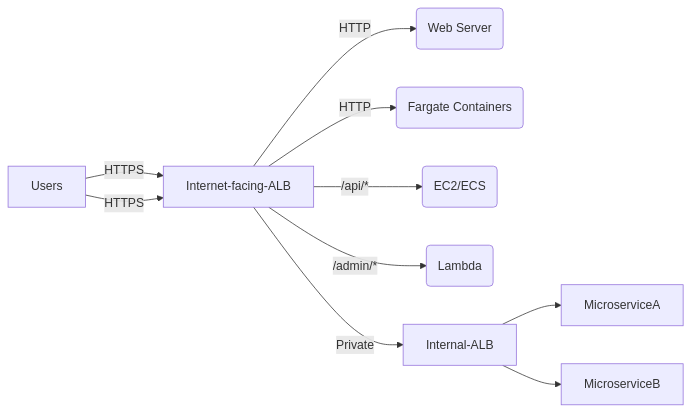
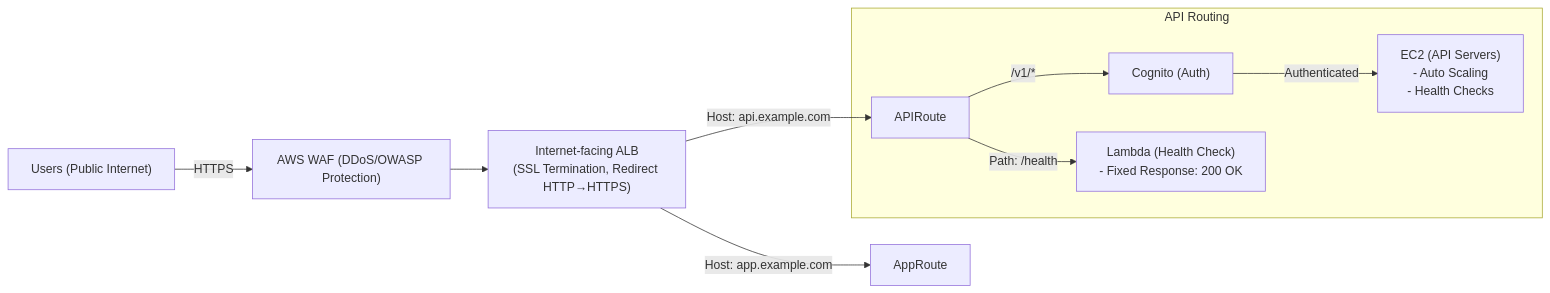
One commit to danceoncloud/architecture-design changed the diagram in src/site/notes/aws/vpc/atomic-elements/application-load-balancer.md. Above: the diagram before and after it, drawn with Mermaid.

Commit message:
Update content src/site/notes/aws/vpc/atomic-elements/application-load-balancer.md

````diff
--- a/src/site/notes/aws/vpc/atomic-elements/application-load-balancer.md
+++ b/src/site/notes/aws/vpc/atomic-elements/application-load-balancer.md
@@ -35,16 +35,18 @@
 ```mermaid
 
 flowchart LR
+ %% ===== Security & Public Traffic =====
+	Users["Users (Public Internet)"] -- HTTPS --> WAF["AWS WAF (DDoS/OWASP Protection)"]
+	WAF --> Internet-facing-ALB["Internet-facing ALB\n(SSL Termination, Redirect HTTP→HTTPS)"]
 
-    Users["Users"] -- HTTPS --> Internet-facing-ALB["Internet-facing-ALB"] & Internet-facing-ALB
+  %% ===== Host-Based Routing =====
+	Internet-facing-ALB -->|"Host: api.example.com"| APIRoute
+	Internet-facing-ALB -->|"Host: app.example.com"| AppRoute
 
-    Internet-facing-ALB -- HTTP --> EC2("Web Server") & ECS("Fargate Containers")
-
-    Internet-facing-ALB -- /api/* --> ServiceA("EC2/ECS")
-
-    Internet-facing-ALB -- /admin/* --> ServiceB("Lambda")
-
-    Internet-facing-ALB -- Private --> Internal-ALB["Internal-ALB"]
-
-    Internal-ALB --> MicroserviceA["MicroserviceA"] & MicroserviceB["MicroserviceB"]
+ %% ===== API Route (api.example.com) =====
+  subgraph API Routing
+    APIRoute -->|"/v1/*"| Cognito["Cognito (Auth)"]
+    Cognito -->|Authenticated| EC2-API["EC2 (API Servers)\n- Auto Scaling\n- Health Checks"]
+    APIRoute -->|"Path: /health"| Lambda-Health["Lambda (Health Check)\n- Fixed Response: 200 OK"]
+  end
 ```
````
